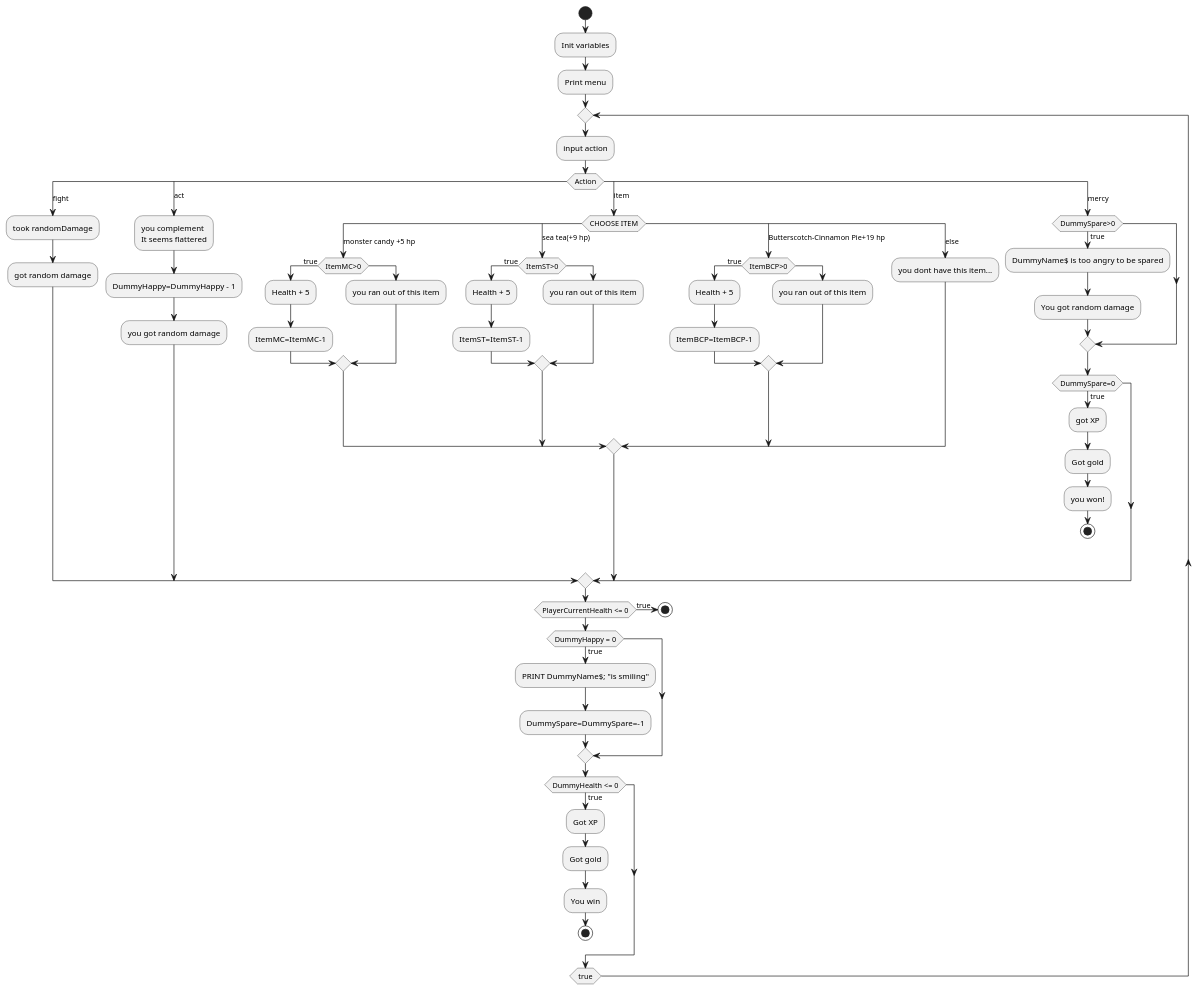
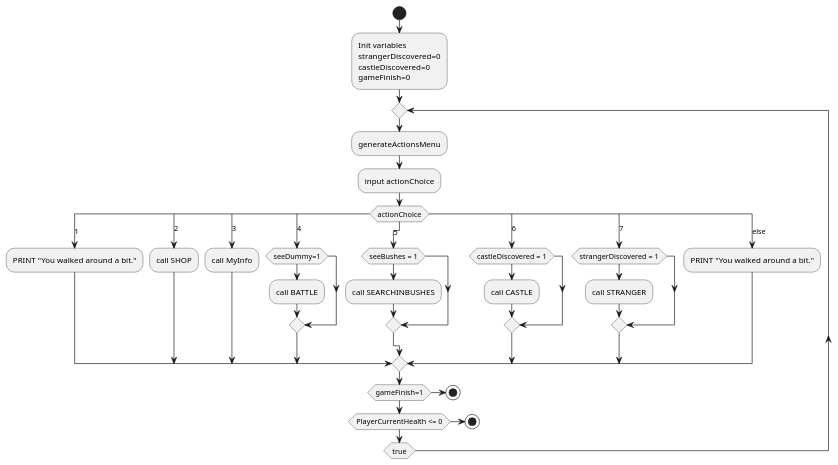
Before and after one commit to DanilKorotenko/EndlessRPG: the diagram in mainLogic.puml, drawn with PlantUML. The commit also changed 15 other files, not shown here.

Commit message:
Partially added diagrams.

```diff
--- a/mainLogic.puml
+++ b/mainLogic.puml
@@ -1,85 +1,56 @@
 @startuml mainLogic
 start
-:Init variables;
-
-:Print menu;
+:Init variables
+strangerDiscovered=0
+castleDiscovered=0
+gameFinish=0;
 
 repeat
 
-:input action;
+    :generateActionsMenu;
 
-switch(Action)
-case (fight)
-    :took randomDamage;
-    :got random damage;
+    :input actionChoice;
 
-case (act)
-    :you complement
-    It seems flattered;
-    :DummyHappy=DummyHappy - 1;
-    :you got random damage;
+    switch(actionChoice)
+        case (1)
+            :PRINT "You walked around a bit.";
 
-case (item)
+        case (2)
+            :call SHOP;
 
-    switch(CHOOSE ITEM)
-        case (monster candy +5 hp)
-            if (ItemMC>0) THEN (true)
-                :Health + 5;
-                :ItemMC=ItemMC-1;
-            ELSE
-                :you ran out of this item;
+        case (3)
+            :call MyInfo;
+
+        CASE (4)
+            if (seeDummy=1) then
+                :call BATTLE;
+            endif
+        case (5)
+            if (seeBushes = 1) then
+                :call SEARCHINBUSHES;
+            endif
+        case (6)
+            if (castleDiscovered = 1) then
+                :call CASTLE;
+            endif
+        case (7)
+            if (strangerDiscovered = 1) then
+                :call STRANGER;
             endif
 
-        case (sea tea(+9 hp))
-            if (ItemST>0) THEN (true)
-                :Health + 5;
-                :ItemST=ItemST-1;
-            ELSE
-                :you ran out of this item;
-            endif
+        case (else)
+            :PRINT "You walked around a bit.";
 
-        case (Butterscotch-Cinnamon Pie+19 hp)
-            if (ItemBCP>0) THEN (true)
-                :Health + 5;
-                :ItemBCP=ItemBCP-1;
-            ELSE
-                :you ran out of this item;
-            endif
-        case (else)
-            :you dont have this item...;
     endswitch
 
-case (mercy)
-    if (DummySpare>0) then (true)
-        :DummyName$ is too angry to be spared;
-        :You got random damage;
-    endif
-
-    if (DummySpare=0) then (true)
-        :got XP;
-        :Got gold;
-        :you won!;
-        stop
-    endif
-
-endswitch
-
-if (PlayerCurrentHealth <= 0) then (true)
+if (gameFinish=1) then
     stop
 endif
 
-if (DummyHappy = 0) then (true)
-    :PRINT DummyName$; "is smiling";
-    :DummySpare=DummySpare=-1;
-endif
-
-if (DummyHealth <= 0) then (true)
-    :Got XP;
-    :Got gold;
-    :You win;
+if (PlayerCurrentHealth <= 0) then
     stop
 endif
 
 repeat while (true)
 
 @enduml
```
